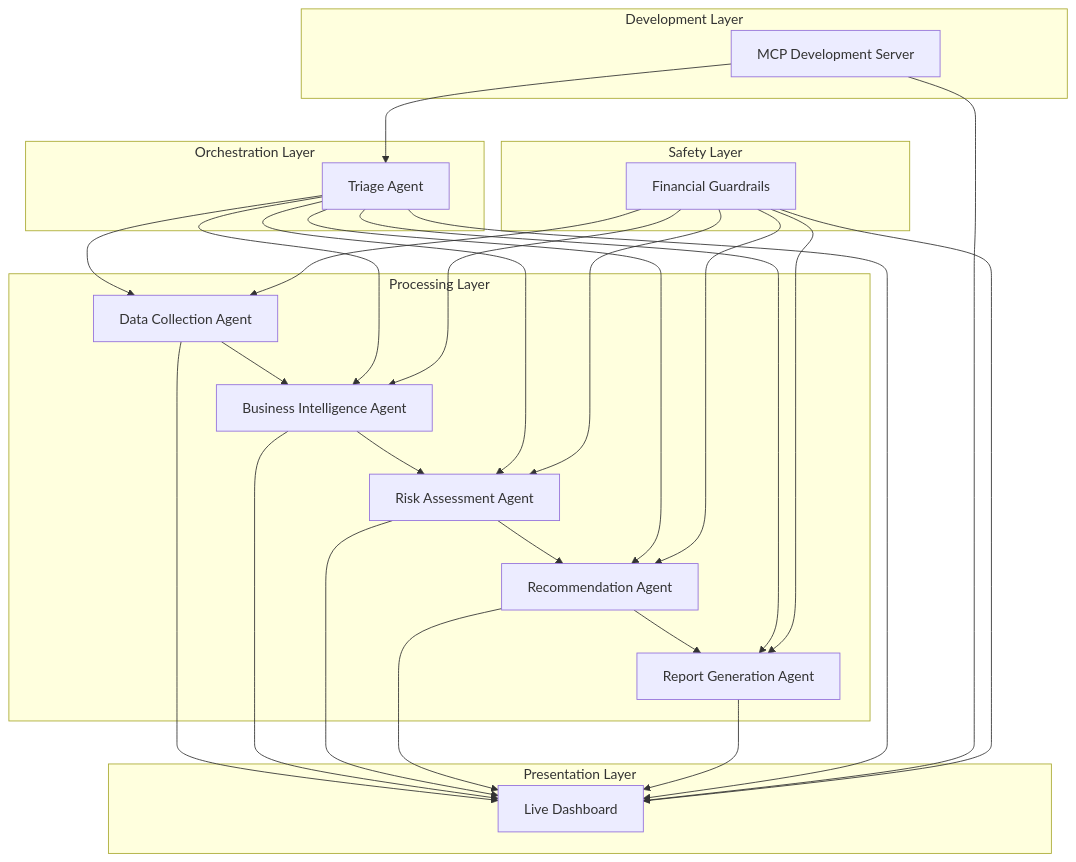
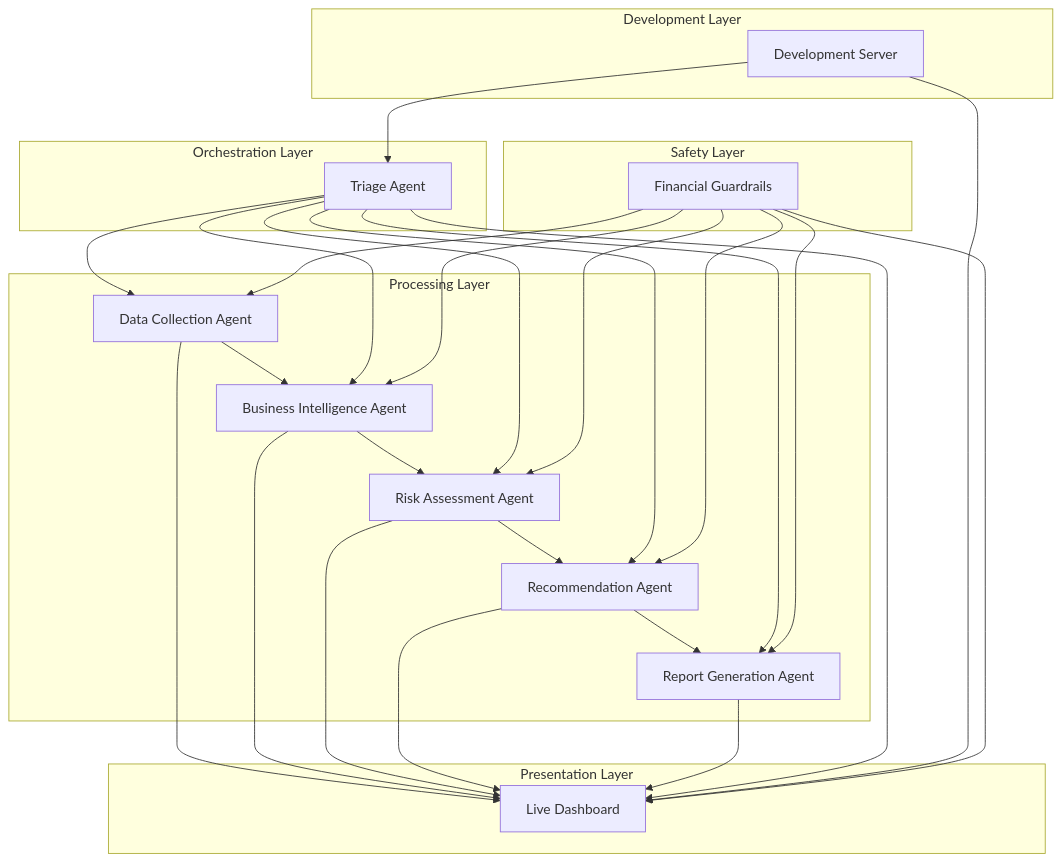
Before and after one commit to Insybell/Financial_Multi_Agent_System: the diagram in README.md, drawn with Mermaid.

````diff
--- a/README.md
+++ b/README.md
@@ -175,50 +175,50 @@
 ```mermaid
 graph TB
     subgraph "Presentation Layer"
         H[Live Dashboard]
     end
     
     subgraph "Development Layer"
-        G[MCP Development Server]
+        G[Development Server]
     end
     
     subgraph "Safety Layer"
         I[Financial Guardrails]
     end
     
     subgraph "Orchestration Layer"
         F[Triage Agent]
     end
     
     subgraph "Processing Layer"
         A[Data Collection Agent] --> B[Business Intelligence Agent]
         B --> C[Risk Assessment Agent]
         C --> D[Recommendation Agent]
         D --> E[Report Generation Agent]
     end
     
     %% Control flow (commands)
     F --> A
     F --> B
     F --> C
     F --> D
     F --> E
     G --> F
     
     %% Safety validation flow
     I --> A
     I --> B
     I --> C
     I --> D
     I --> E
     
     %% Data flow (monitoring and display)
     A --> H
     B --> H
     C --> H
     D --> H
     E --> H
     F --> H
     G --> H
     I --> H
 ```
````
